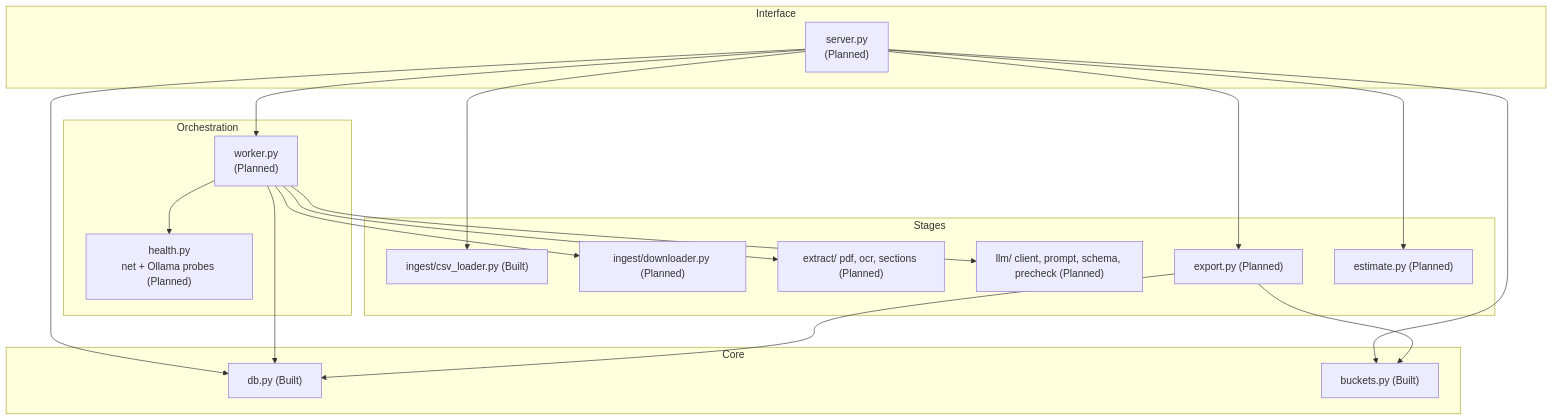
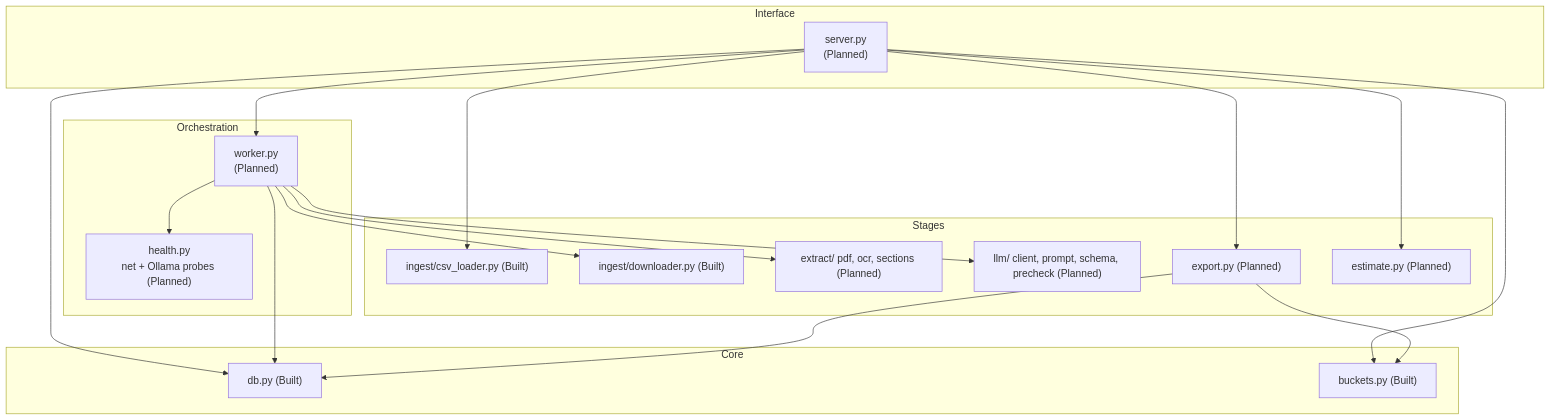
One commit to Aryan27-max/Atlas changed the third of 13 diagrams in ARCHITECTURE.md. Above: the diagram before and after it, drawn with Mermaid. The commit also changed other lines of this file and 10 other files, not shown here.

````diff
--- a/ARCHITECTURE.md
+++ b/ARCHITECTURE.md
@@ -118,36 +118,36 @@
 ```mermaid
 flowchart TB
     subgraph L1["Interface"]
         server["server.py<br/>(Planned)"]
     end
     subgraph L2["Orchestration"]
         worker["worker.py<br/>(Planned)"]
         health["health.py<br/>net + Ollama probes (Planned)"]
     end
     subgraph L3["Stages"]
         csvl["ingest/csv_loader.py (Built)"]
-        dl["ingest/downloader.py (Planned)"]
+        dl["ingest/downloader.py (Built)"]
         ext["extract/ pdf, ocr, sections (Planned)"]
         llm["llm/ client, prompt, schema, precheck (Planned)"]
         exp["export.py (Planned)"]
         est["estimate.py (Planned)"]
     end
     subgraph L4["Core"]
         db["db.py (Built)"]
         buckets["buckets.py (Built)"]
     end
 
     server --> worker
     server --> db
     server --> buckets
     server --> csvl
     server --> exp
     server --> est
     worker --> health
     worker --> dl
     worker --> ext
     worker --> llm
     worker --> db
     exp --> db
     exp --> buckets
 ```
````
